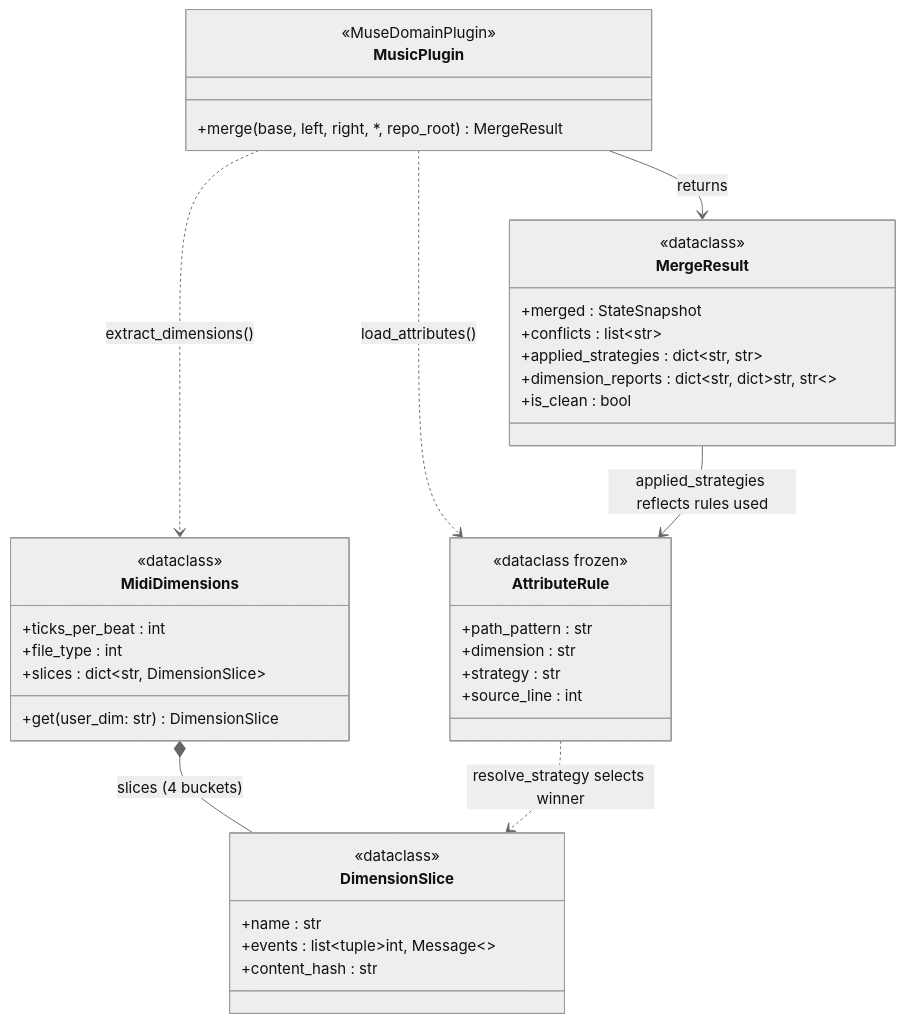
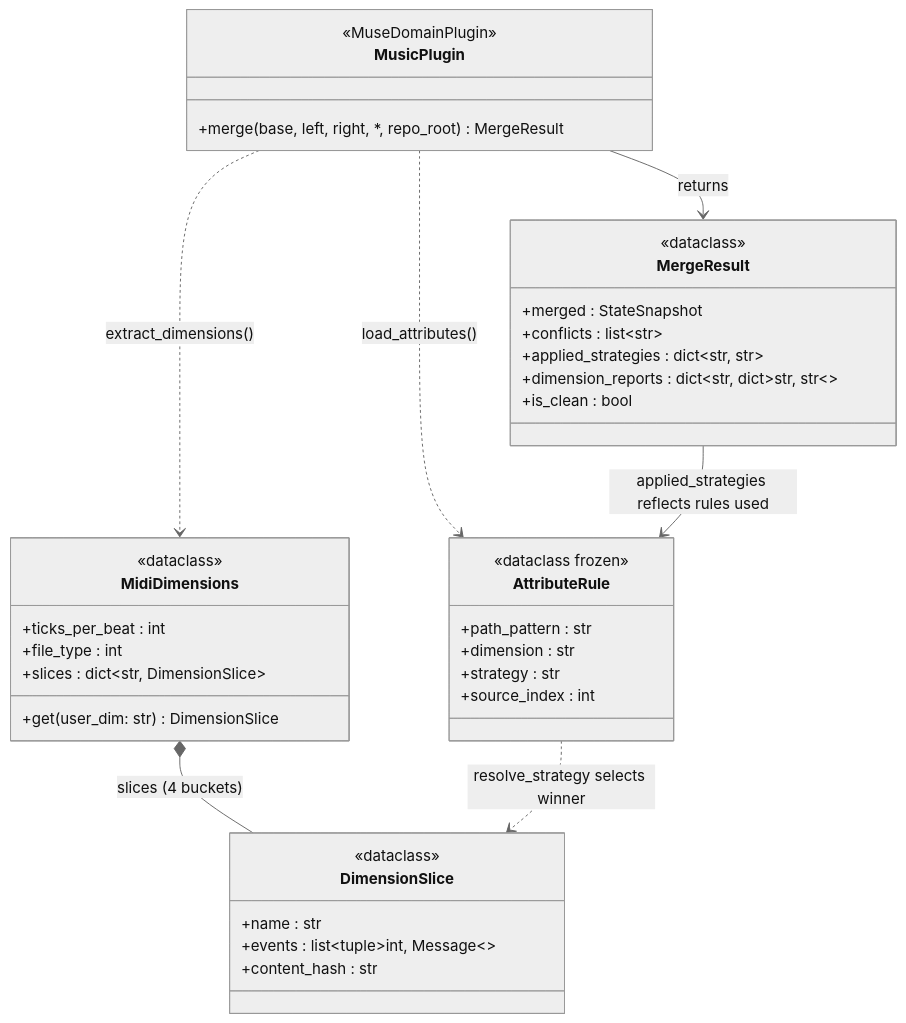
Before and after one commit to cgcardona/muse: the ninth of 9 diagrams in docs/reference/type-contracts.md, drawn with Mermaid (neutral theme). The commit also changed other lines of this file and 19 other files, not shown here.

````diff
--- a/docs/reference/type-contracts.md
+++ b/docs/reference/type-contracts.md
@@ -1198,42 +1384,42 @@
 ```mermaid
 classDiagram
     class AttributeRule {
         <<dataclass frozen>>
         +path_pattern : str
         +dimension : str
         +strategy : str
-        +source_line : int
+        +source_index : int
     }
     class DimensionSlice {
         <<dataclass>>
         +name : str
         +events : list~tuple~int, Message~~
         +content_hash : str
     }
     class MidiDimensions {
         <<dataclass>>
         +ticks_per_beat : int
         +file_type : int
         +slices : dict~str, DimensionSlice~
         +get(user_dim: str) DimensionSlice
     }
     class MergeResult {
         <<dataclass>>
         +merged : StateSnapshot
         +conflicts : list~str~
         +applied_strategies : dict~str, str~
         +dimension_reports : dict~str, dict~str, str~~
         +is_clean : bool
     }
     class MusicPlugin {
         <<MuseDomainPlugin>>
         +merge(base, left, right, *, repo_root) MergeResult
     }
 
     MusicPlugin ..> AttributeRule : load_attributes()
     MusicPlugin ..> MidiDimensions : extract_dimensions()
     MusicPlugin --> MergeResult : returns
     MergeResult --> AttributeRule : applied_strategies reflects rules used
     MidiDimensions *-- DimensionSlice : slices (4 buckets)
     AttributeRule ..> DimensionSlice : resolve_strategy selects winner
 ```
````
